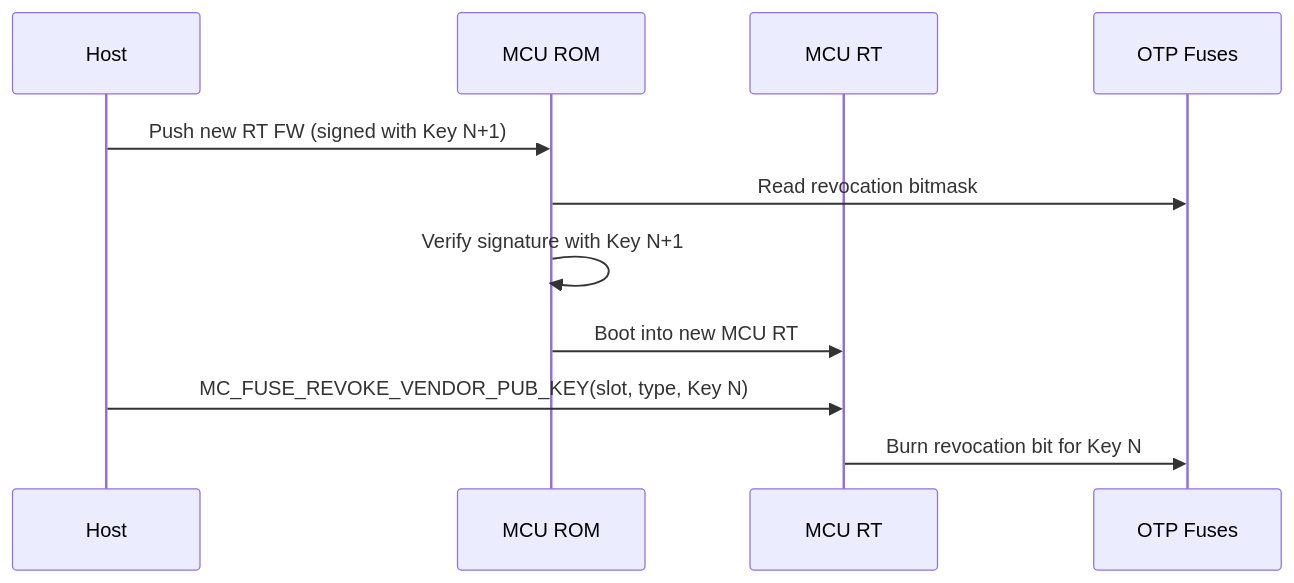
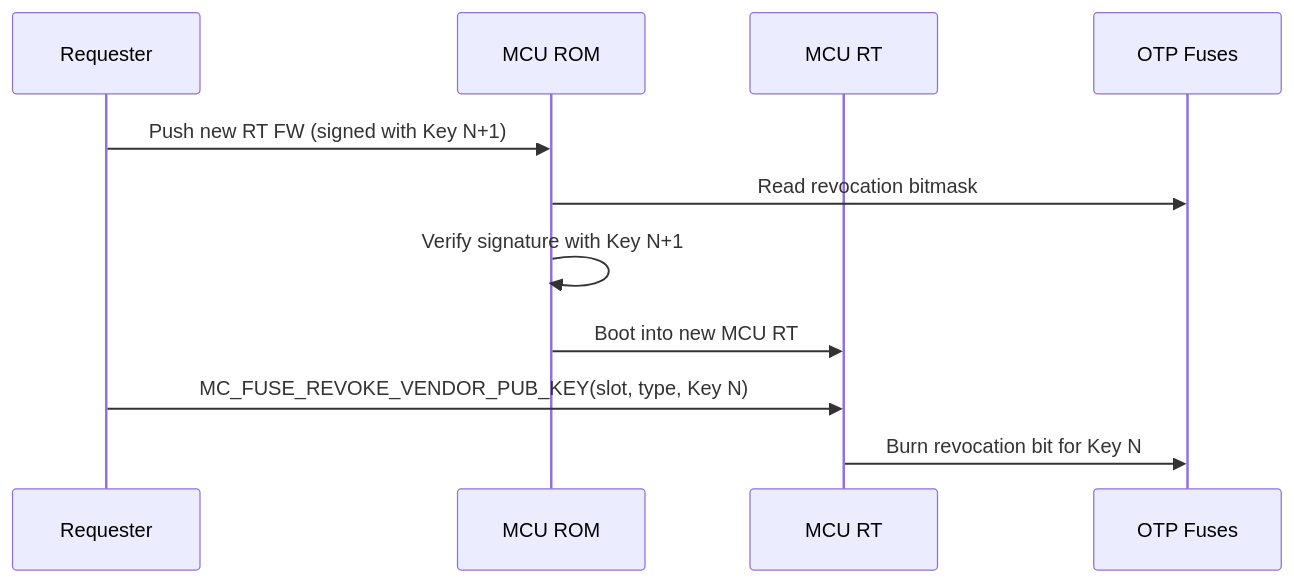
The first of 2 diagrams in docs/src/integrator-guide.md (chipsalliance/caliptra-mcu-sw), drawn with Mermaid before and after one commit. The commit also changed other lines of this file, not shown here.

````diff
--- a/docs/src/integrator-guide.md
+++ b/docs/src/integrator-guide.md
@@ -149,14 +380,14 @@
 ```mermaid
 sequenceDiagram
-    participant Host
+    participant Requester
     participant MCU_ROM as MCU ROM
     participant MCU_RT as MCU RT
     participant Fuses as OTP Fuses
     
-    Host->>MCU_ROM: Push new RT FW (signed with Key N+1)
+    Requester->>MCU_ROM: Push new RT FW (signed with Key N+1)
     MCU_ROM->>Fuses: Read revocation bitmask
     MCU_ROM->>MCU_ROM: Verify signature with Key N+1
     MCU_ROM->>MCU_RT: Boot into new MCU RT
-    Host->>MCU_RT: MC_FUSE_REVOKE_VENDOR_PUB_KEY(slot, type, Key N)
+    Requester->>MCU_RT: MC_FUSE_REVOKE_VENDOR_PUB_KEY(slot, type, Key N)
     MCU_RT->>Fuses: Burn revocation bit for Key N
 ```
````
